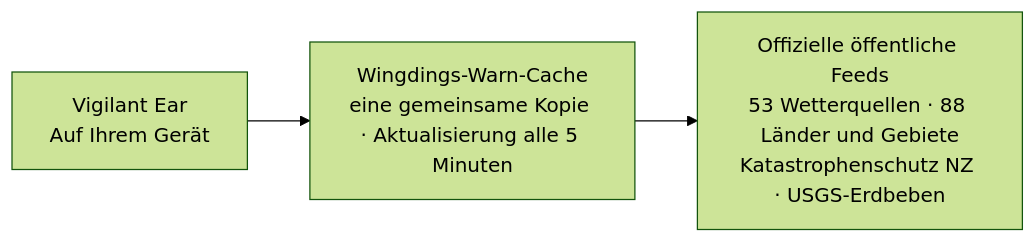
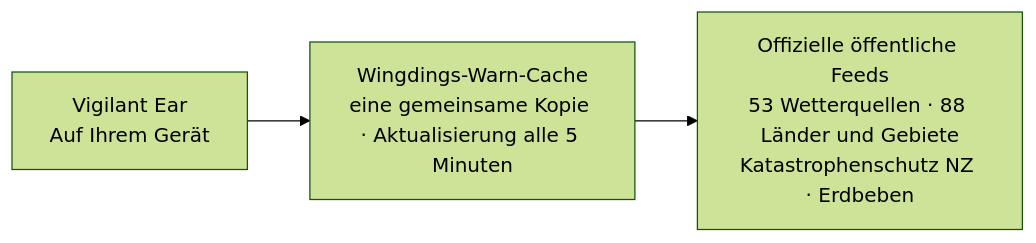
Before and after one commit to rpalm01-star/VigilantEarLegal: the fourth of 4 diagrams in README_de.md, drawn with Mermaid (forest theme). The commit also changed other lines of this file and 47 other files, not shown here.

````diff
--- a/README_de.md
+++ b/README_de.md
@@ -171,5 +171,5 @@
 ```mermaid
 graph LR
     P1["Vigilant Ear<br/>Auf Ihrem Gerät"] --> W["Wingdings-Warn-Cache<br/>eine gemeinsame Kopie · Aktualisierung alle 5 Minuten"]
-    W --> N["Offizielle öffentliche Feeds<br/>53 Wetterquellen · 88 Länder und Gebiete<br/>Katastrophenschutz NZ · USGS-Erdbeben"]
+    W --> N["Offizielle öffentliche Feeds<br/>53 Wetterquellen · 88 Länder und Gebiete<br/>Katastrophenschutz NZ · Erdbeben"]
 ```
````
